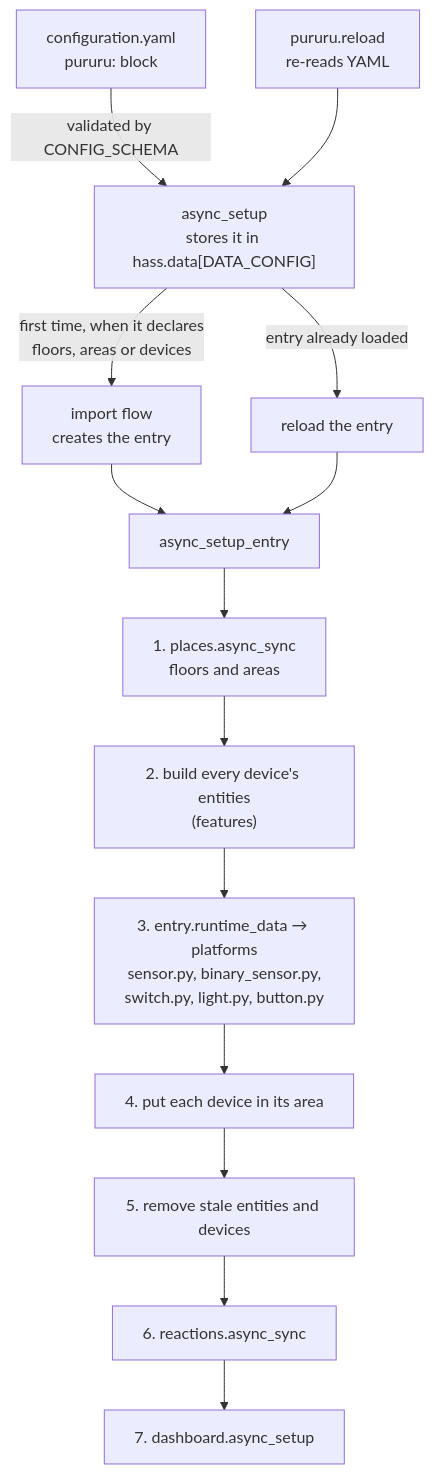
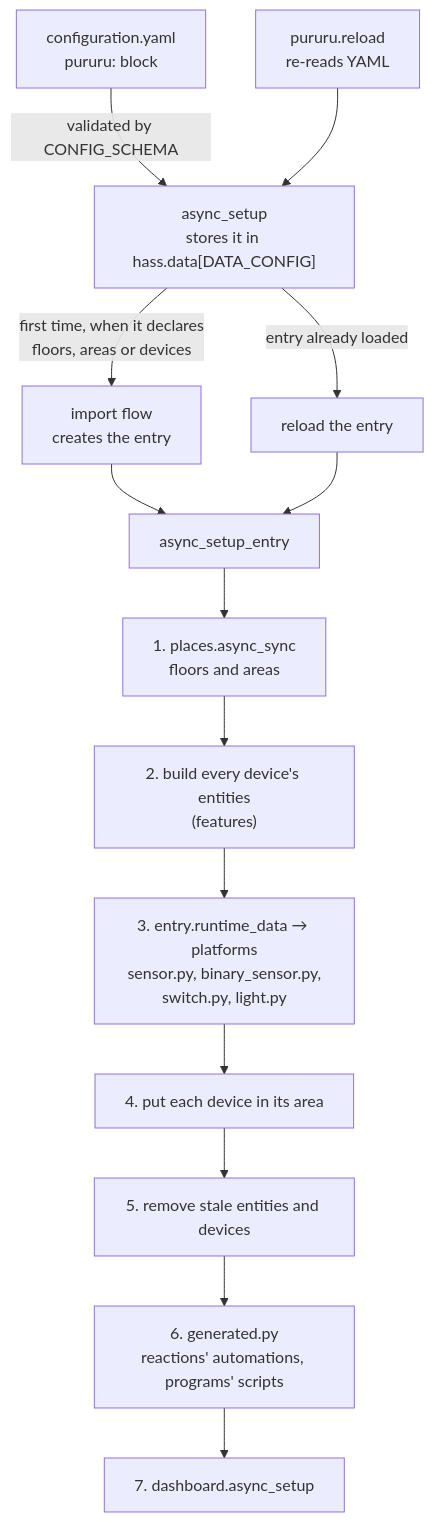
Before and after one commit to thatsnotmynameio/pururu-ha: the diagram in docs/develop/architecture.mdx, drawn with Mermaid. The commit also changed other lines of this file and 17 other files, not shown here.

Commit message:
pururu: programs as scripts, docs and release (0.1.13)

````diff
--- a/docs/develop/architecture.mdx
+++ b/docs/develop/architecture.mdx
@@ -10,16 +10,16 @@
 ```mermaid
 flowchart TD
     Y["configuration.yaml<br/>pururu: block"] -->|"validated by CONFIG_SCHEMA"| S["async_setup<br/>stores it in hass.data[DATA_CONFIG]"]
     S -->|"first time, when it declares<br/>floors, areas or devices"| F["import flow<br/>creates the entry"]
     S -->|"entry already loaded"| R["reload the entry"]
     F --> E
     R --> E
     RS["pururu.reload<br/>re-reads YAML"] --> S
     E["async_setup_entry"] --> P1["1. places.async_sync<br/>floors and areas"]
     P1 --> P2["2. build every device's entities<br/>(features)"]
-    P2 --> P3["3. entry.runtime_data → platforms<br/>sensor.py, binary_sensor.py,<br/>switch.py, light.py, button.py"]
+    P2 --> P3["3. entry.runtime_data → platforms<br/>sensor.py, binary_sensor.py,<br/>switch.py, light.py"]
     P3 --> P4["4. put each device in its area"]
     P4 --> P5["5. remove stale entities and devices"]
-    P5 --> P6["6. reactions.async_sync"]
+    P5 --> P6["6. generated.py<br/>reactions' automations, programs' scripts"]
     P6 --> P7["7. dashboard.async_setup"]
 ```
````
